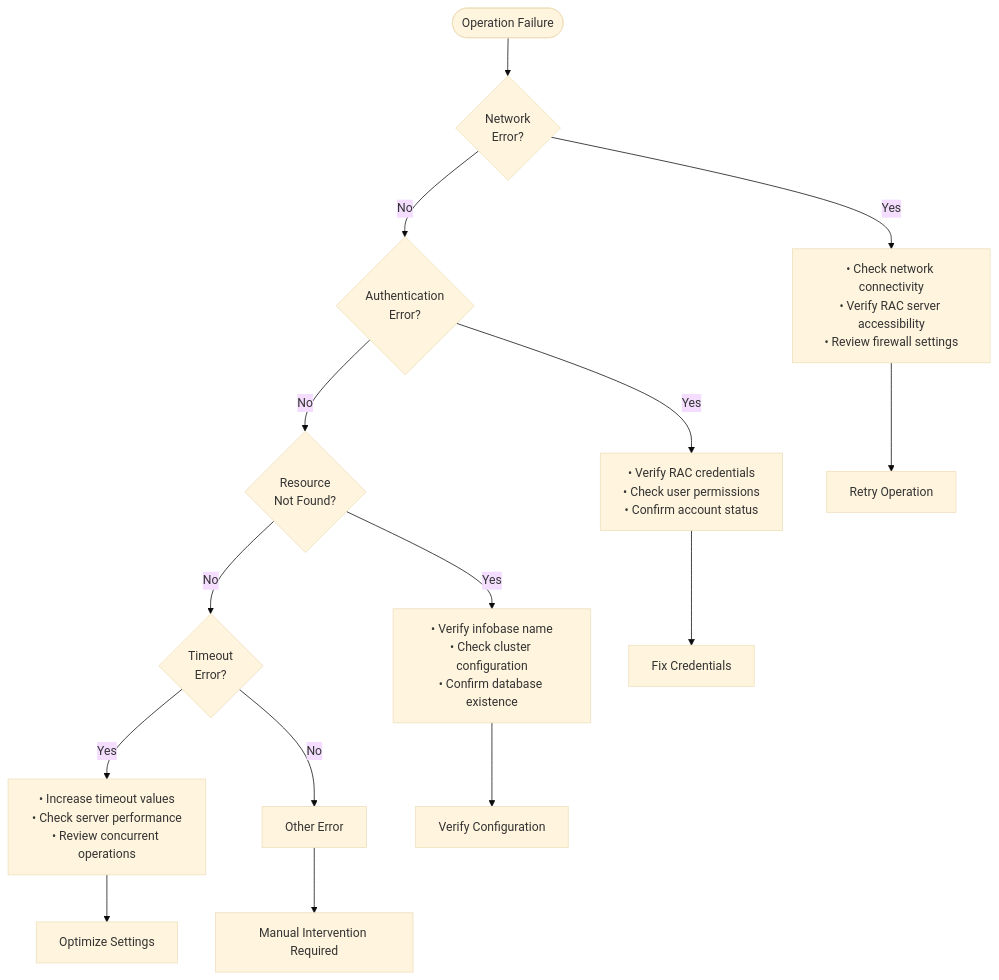
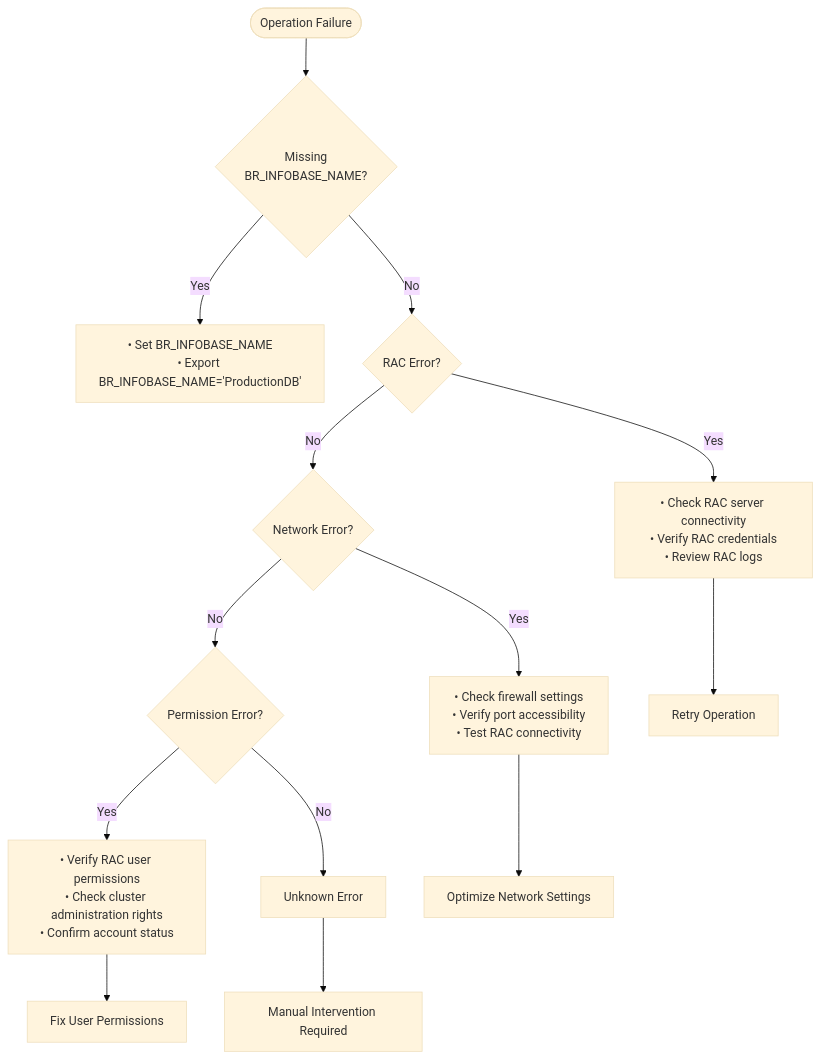
Before and after one commit to Kargones/apk-ci: the third of 3 diagrams in .qoder/repowiki/en/content/Command Reference/Service Mode Commands/Disable Service Mode.md, drawn with Mermaid (base theme). The commit also changed other lines of this file and 2036 other files, not shown here.

````diff
--- a/.qoder/repowiki/en/content/Command Reference/Service Mode Commands/Disable Service Mode.md
+++ b/.qoder/repowiki/en/content/Command Reference/Service Mode Commands/Disable Service Mode.md
@@ -276,17 +381,16 @@
 ```mermaid
 flowchart TD
-Failure([Operation Failure]) --> NetworkError{"Network<br/>Error?"}
-NetworkError --> |Yes| NetworkSolution["• Check network connectivity<br/>• Verify RAC server accessibility<br/>• Review firewall settings"]
-NetworkError --> |No| AuthError{"Authentication<br/>Error?"}
-AuthError --> |Yes| AuthSolution["• Verify RAC credentials<br/>• Check user permissions<br/>• Confirm account status"]
-AuthError --> |No| NotFoundError{"Resource<br/>Not Found?"}
-NotFoundError --> |Yes| NotFoundSolution["• Verify infobase name<br/>• Check cluster configuration<br/>• Confirm database existence"]
-NotFoundError --> |No| TimeoutError{"Timeout<br/>Error?"}
-TimeoutError --> |Yes| TimeoutSolution["• Increase timeout values<br/>• Check server performance<br/>• Review concurrent operations"]
-TimeoutError --> |No| OtherError["Other Error"]
-NetworkSolution --> Retry["Retry Operation"]
-AuthSolution --> FixCredentials["Fix Credentials"]
-NotFoundSolution --> VerifyConfig["Verify Configuration"]
-TimeoutSolution --> Optimize["Optimize Settings"]
-OtherError --> ManualIntervention["Manual Intervention Required"]
+Failure([Operation Failure]) --> MissingEnv{"Missing<br/>BR_INFOBASE_NAME?"}
+MissingEnv --> |Yes| MissingSolution["• Set BR_INFOBASE_NAME<br/>• Export BR_INFOBASE_NAME='ProductionDB'"]
+MissingEnv --> |No| RACError{"RAC Error?"}
+RACError --> |Yes| RACSolution["• Check RAC server connectivity<br/>• Verify RAC credentials<br/>• Review RAC logs"]
+RACError --> |No| NetworkError{"Network Error?"}
+NetworkError --> |Yes| NetworkSolution["• Check firewall settings<br/>• Verify port accessibility<br/>• Test RAC connectivity"]
+NetworkError --> |No| PermissionError{"Permission Error?"}
+PermissionError --> |Yes| PermissionSolution["• Verify RAC user permissions<br/>• Check cluster administration rights<br/>• Confirm account status"]
+PermissionError --> |No| UnknownError["Unknown Error"]
+RACSolution --> Retry["Retry Operation"]
+NetworkSolution --> Optimize["Optimize Network Settings"]
+PermissionSolution --> FixPermissions["Fix User Permissions"]
+UnknownError --> ManualIntervention["Manual Intervention Required"]
 ```
````
